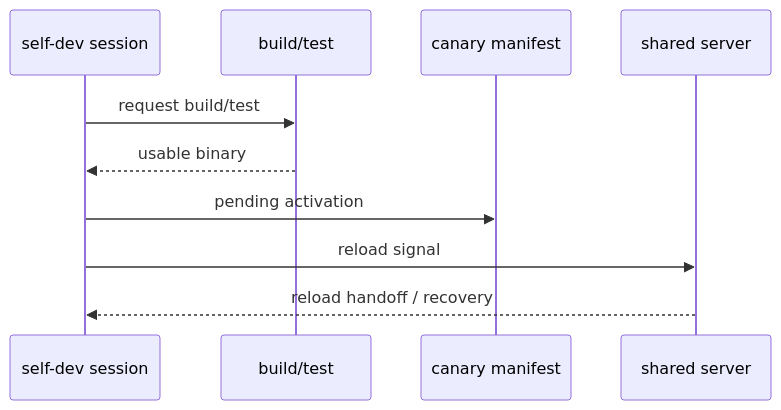
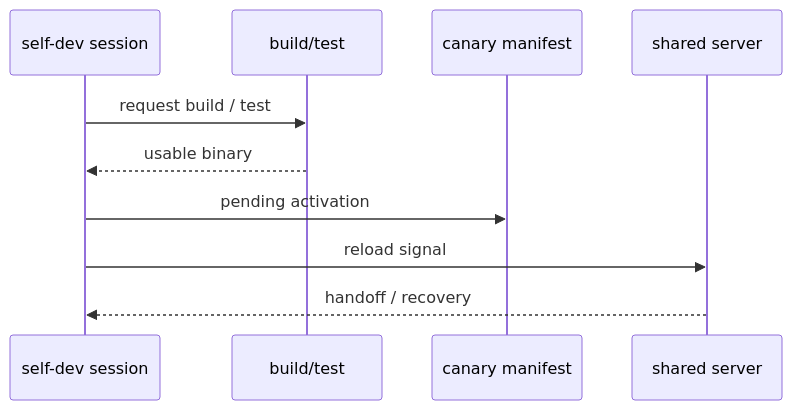
Before and after one commit to Br1an67/learn-jcode: the fourth of 4 diagrams in docs/en/s09-ambient-selfdev.md, drawn with Mermaid. The commit also changed other lines of this file and 23 other files, not shown here.

Commit message:
Improve Mermaid diagram layout

````diff
--- a/docs/en/s09-ambient-selfdev.md
+++ b/docs/en/s09-ambient-selfdev.md
@@ -428,13 +429,13 @@
 ```mermaid
 sequenceDiagram
   participant Session as self-dev session
   participant Build as build/test
   participant Manifest as canary manifest
   participant Server as shared server
 
-  Session->>Build: request build/test
+  Session->>Build: request build / test
   Build-->>Session: usable binary
   Session->>Manifest: pending activation
   Session->>Server: reload signal
-  Server-->>Session: reload handoff / recovery
+  Server-->>Session: handoff / recovery
 ```
````
